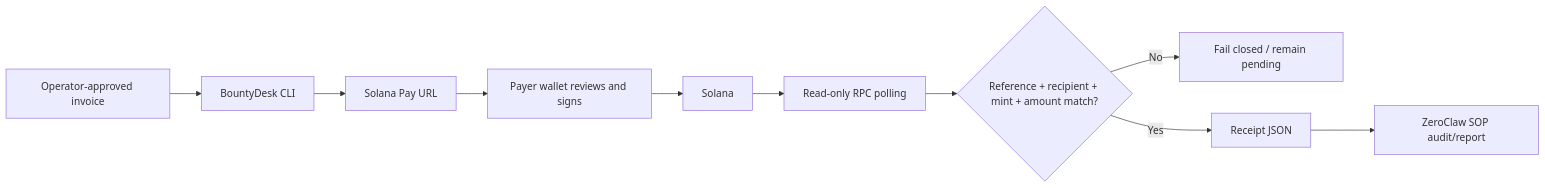
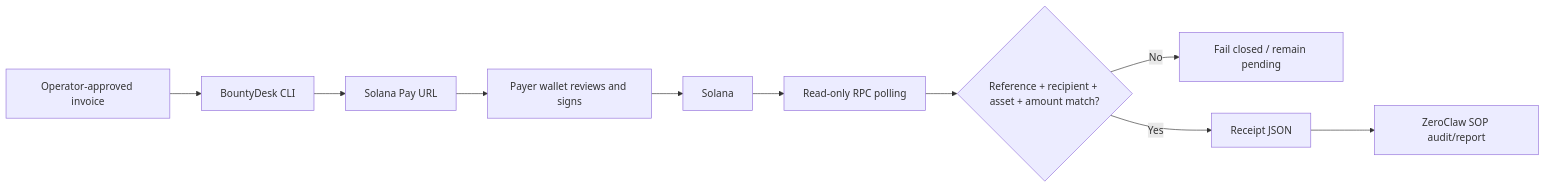
Before and after one commit to xuechenrui/bounty-desk: the diagram in README.md, drawn with Mermaid. The commit also changed other lines of this file and 10 other files, not shown here.

````diff
--- a/README.md
+++ b/README.md
@@ -23,12 +23,12 @@
 ```mermaid
 flowchart LR
     A["Operator-approved invoice"] --> B["BountyDesk CLI"]
     B --> C["Solana Pay URL"]
     C --> D["Payer wallet reviews and signs"]
     D --> E["Solana"]
     E --> F["Read-only RPC polling"]
-    F --> G{"Reference + recipient + mint + amount match?"}
+    F --> G{"Reference + recipient + asset + amount match?"}
     G -- No --> H["Fail closed / remain pending"]
     G -- Yes --> I["Receipt JSON"]
     I --> J["ZeroClaw SOP audit/report"]
 ```
````
